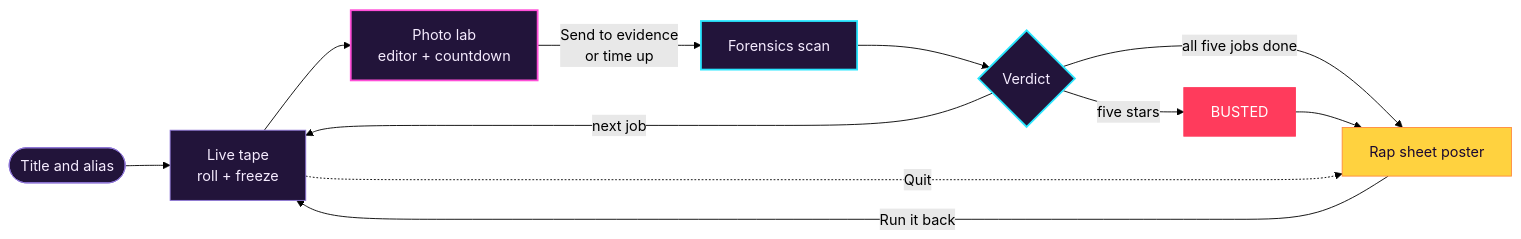
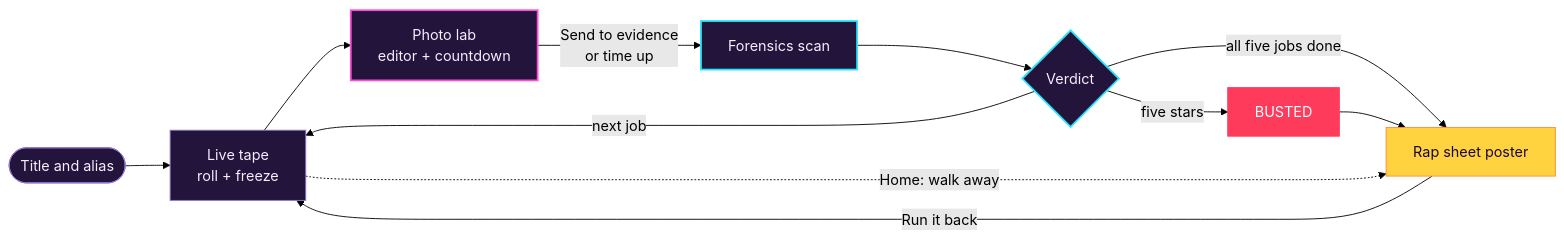
The diagram in README.md (onlyoneAlexia/leonida-evidence), drawn with Mermaid (forest theme) before and after one commit. The commit also changed other lines of this file and 39 other files, not shown here.

````diff
--- a/README.md
+++ b/README.md
@@ -96,24 +98,24 @@
 ```mermaid
 flowchart LR
   start([Title and alias]) --> brief[Live tape<br/>roll + freeze]
   brief --> lab[Photo lab<br/>editor + countdown]
   lab -->|Send to evidence<br/>or time up| scan[Forensics scan]
   scan --> verdict{Verdict}
   verdict -->|next job| brief
   verdict -->|five stars| busted[BUSTED]
   verdict -->|all five jobs done| sheet[Rap sheet poster]
   busted --> sheet
-  brief -.->|Quit| sheet
+  brief -.->|Home: walk away| sheet
   sheet -->|Run it back| brief
 
   classDef step fill:#22143a,stroke:#8e75d7,color:#f6ecff
   classDef editor fill:#22143a,stroke:#ff4fd8,stroke-width:2px,color:#f6ecff
   classDef check fill:#22143a,stroke:#29e7ff,stroke-width:2px,color:#f6ecff
   classDef bad fill:#ff3b5c,stroke:#ff3b5c,color:#ffffff
   classDef win fill:#ffd23f,stroke:#ff8a3d,color:#1a0830
   class start,brief step
   class lab editor
   class scan,verdict check
   class busted bad
   class sheet win
 ```
````
